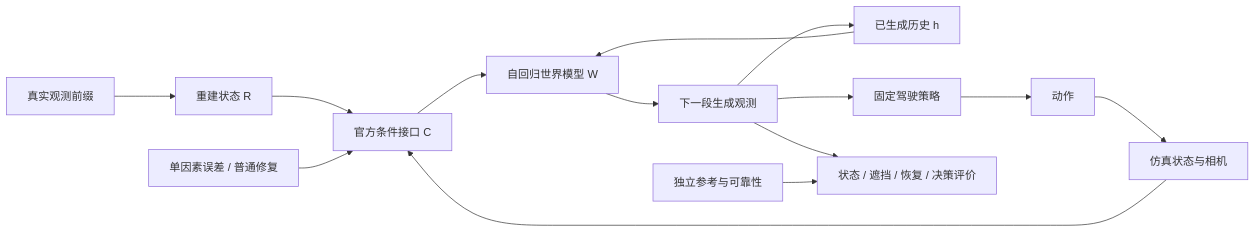
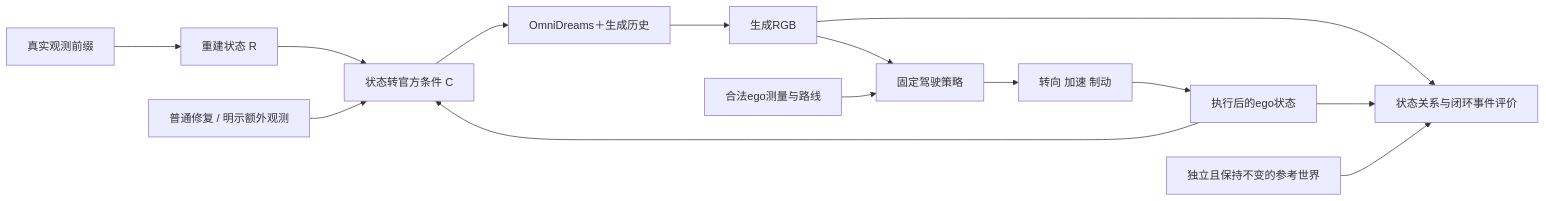
The diagram in docs/v75/PROBLEM.md (yunlongdeng123/Motion-Proj), drawn with Mermaid before and after one commit. The commit also changed other lines of this file and 40 other files, not shown here.

````diff
--- a/docs/v75/PROBLEM.md
+++ b/docs/v75/PROBLEM.md
@@ -17,16 +11,16 @@
 ```mermaid
 flowchart LR
-    L[真实观测前缀] --> R[重建状态 R]
-    R --> A[官方条件接口 C]
-    D[单因素误差 / 普通修复] --> A
-    S[仿真状态与相机] --> A
-    A --> W[自回归世界模型 W]
-    H[已生成历史 h] --> W
-    W --> O[下一段生成观测]
-    O --> H
-    O --> P[固定驾驶策略]
-    P --> U[动作]
-    U --> S
-    O --> E[状态 / 遮挡 / 恢复 / 决策评价]
-    T[独立参考与可靠性] --> E
+    X[真实观测前缀] --> R[重建状态 R]
+    R --> C[状态转官方条件 C]
+    F[普通修复 / 明示额外观测] --> C
+    S[执行后的ego状态] --> C
+    C --> W[OmniDreams＋生成历史]
+    W --> Y[生成RGB]
+    Y --> P[固定驾驶策略]
+    U[合法ego测量与路线] --> P
+    P --> A[转向 加速 制动]
+    A --> S
+    Y --> E[状态关系与闭环事件评价]
+    S --> E
+    T[独立且保持不变的参考世界] --> E
 ```
````
